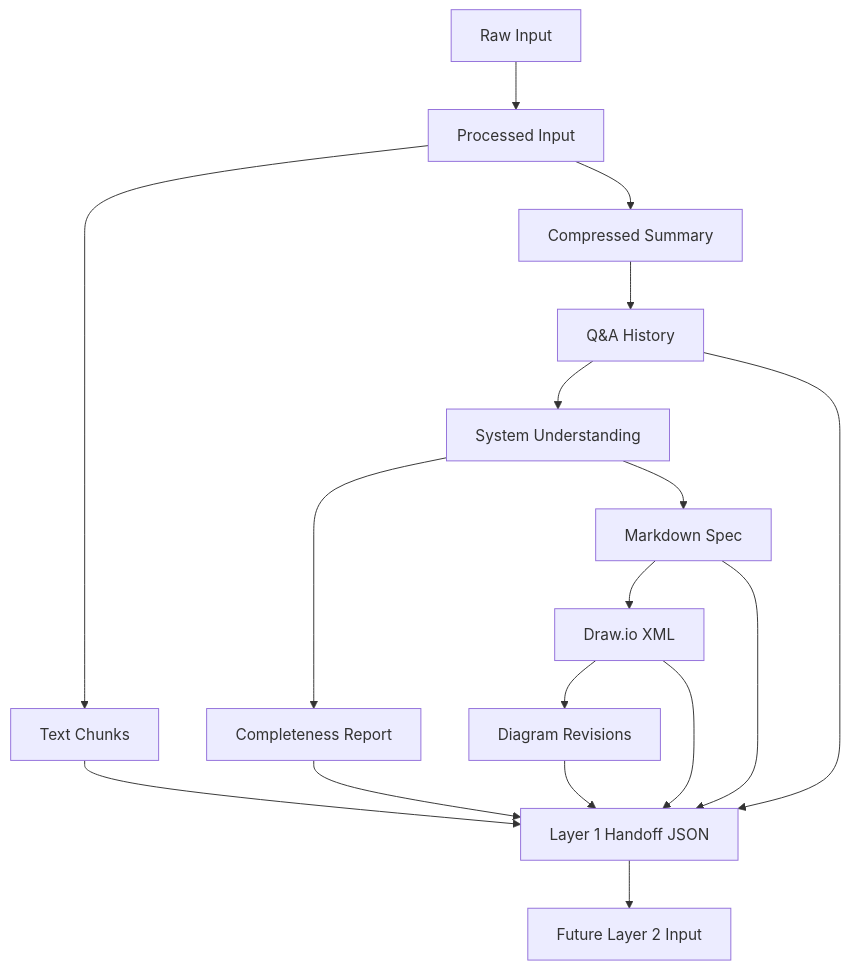
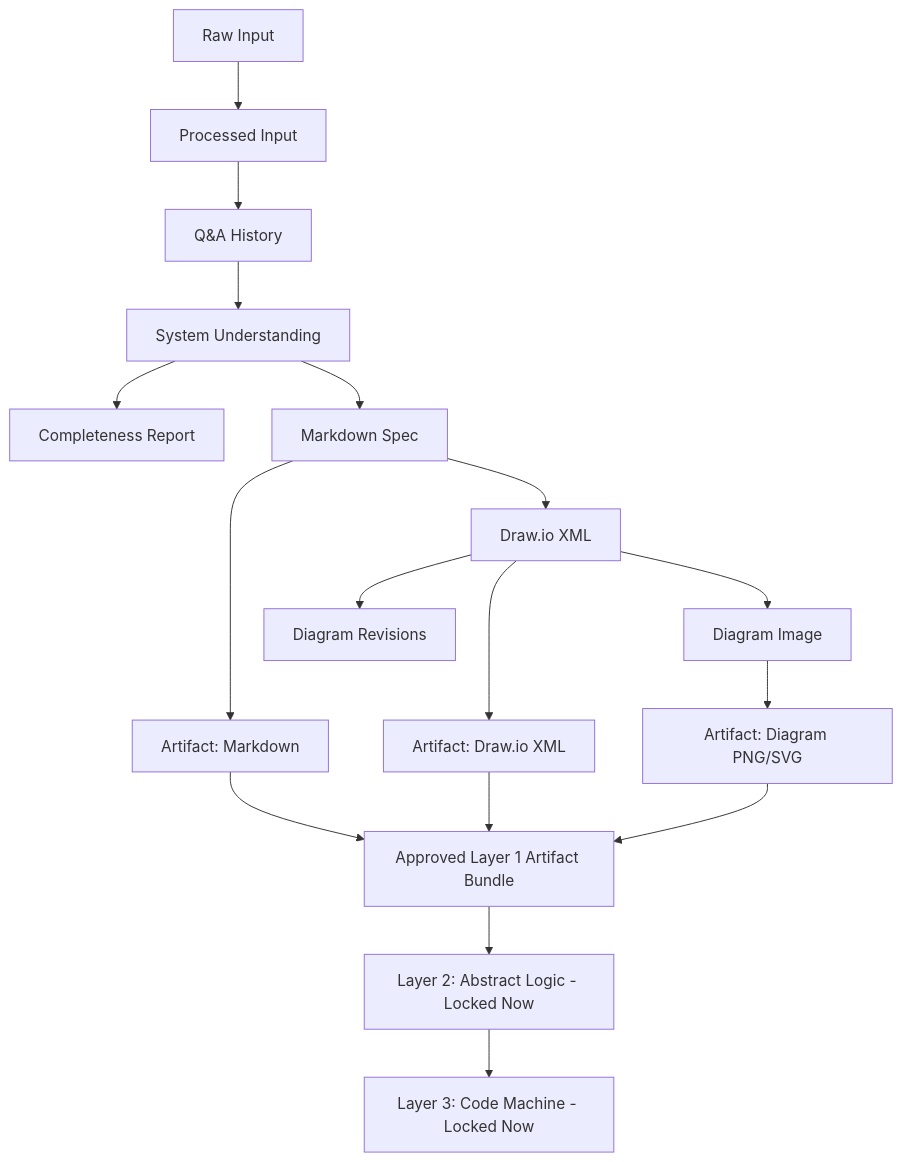
Before and after one commit to ProductMasterz/Mujarrad-Frontend: diagram 12 of 19 in Docs/system-design-detailed-plan.md, drawn with Mermaid. The commit also changed other lines of this file, not shown here.

Commit message:
Refine system design architecture plan

````diff
--- a/Docs/system-design-detailed-plan.md
+++ b/Docs/system-design-detailed-plan.md
@@ -1511,19 +1413,22 @@
 ```mermaid
 flowchart TD
     A[Raw Input] --> B[Processed Input]
-    B --> C[Text Chunks]
-    B --> D[Compressed Summary]
-    D --> E[Q&A History]
-    E --> F[System Understanding]
-    F --> G[Completeness Report]
-    F --> H[Markdown Spec]
-    H --> I[Draw.io XML]
-    I --> J[Diagram Revisions]
-    H --> K[Layer 1 Handoff JSON]
-    I --> K
-    J --> K
-    C --> K
-    E --> K
-    G --> K
-    K --> L[Future Layer 2 Input]
+    B --> C[Q&A History]
+    C --> D[System Understanding]
+    D --> E[Completeness Report]
+    D --> F[Markdown Spec]
+    F --> G[Draw.io XML]
+    G --> H[Diagram Image]
+    G --> I[Diagram Revisions]
+
+    F --> J[Artifact: Markdown]
+    G --> K[Artifact: Draw.io XML]
+    H --> L[Artifact: Diagram PNG/SVG]
+
+    J --> M[Approved Layer 1 Artifact Bundle]
+    K --> M
+    L --> M
+
+    M --> N[Layer 2: Abstract Logic - Locked Now]
+    N --> O[Layer 3: Code Machine - Locked Now]
 ```
````
